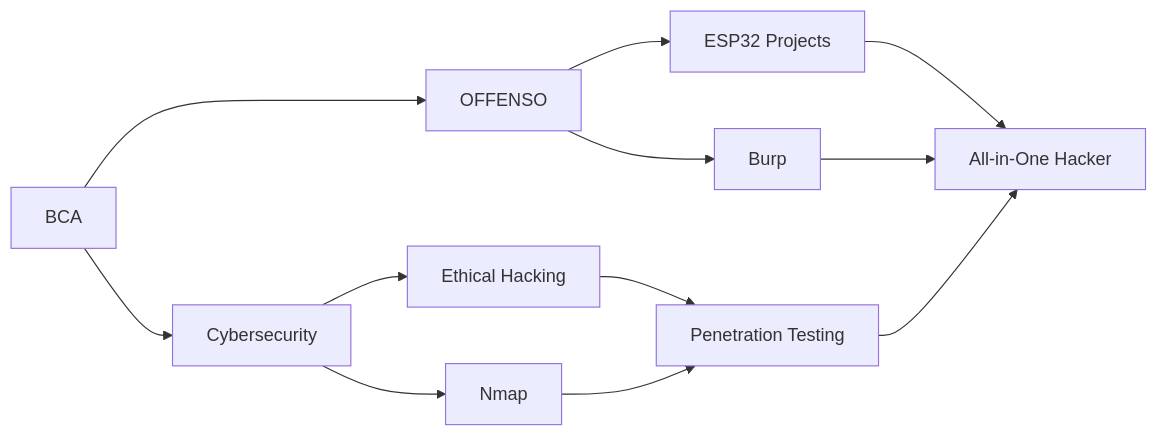
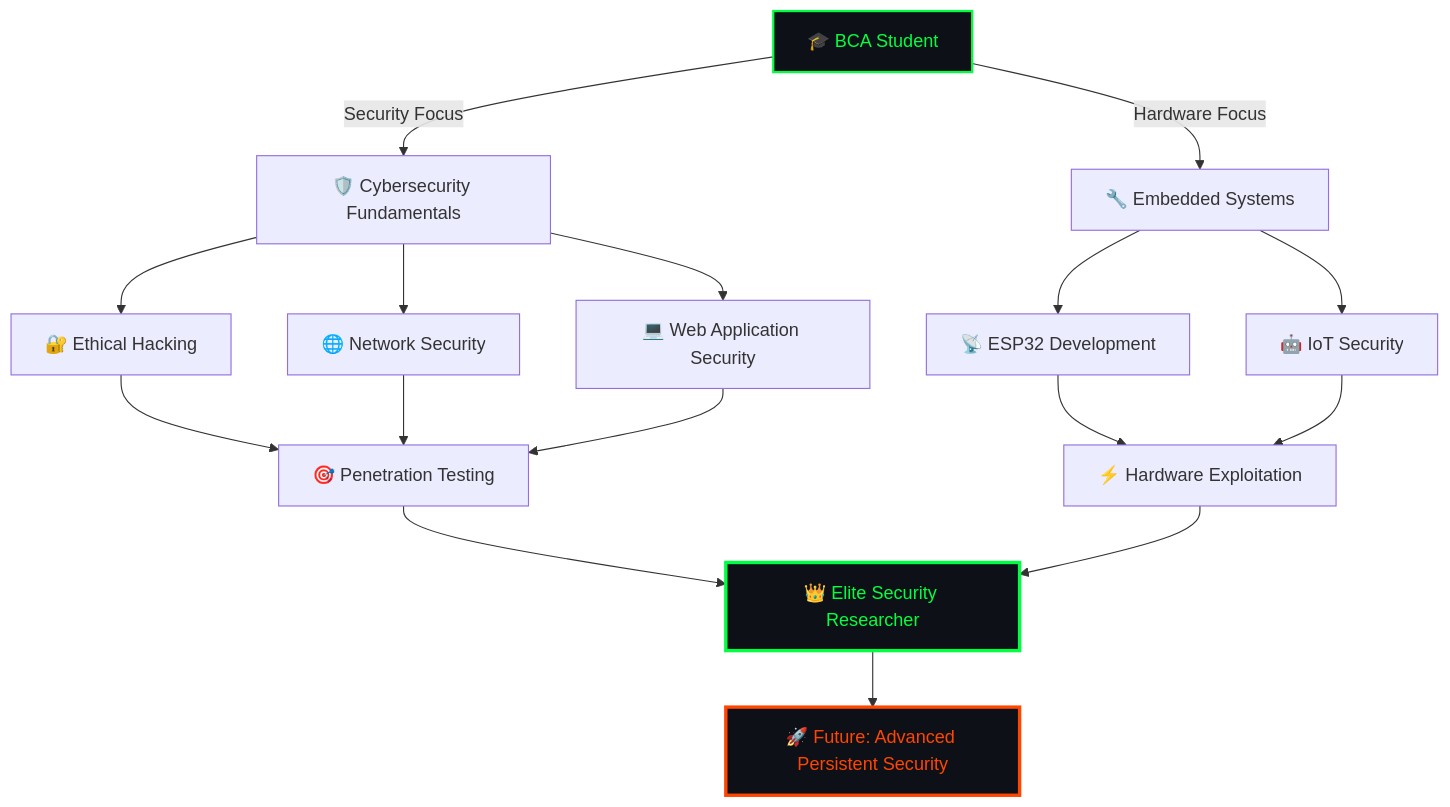
One commit to MuhammadMushab/MuhammadMushab changed the diagram in README.md. Above: the diagram before and after it, drawn with Mermaid. The commit also changed other lines of this file, not shown here.

````diff
--- a/README.md
+++ b/README.md
@@ -161,14 +310,28 @@
 ```mermaid
-graph LR
-    A[BCA] --> B[Cybersecurity]
-    A --> C[OFFENSO]
-    B --> D[Ethical Hacking]
-    B --> E[Nmap]
-    C --> F[ESP32 Projects]
-    C --> G[Burp]
-    D --> H[Penetration Testing]
-    E --> H
-    F --> I[All-in-One Hacker]
-    G --> I
-    H --> I
+graph TB
+    A[🎓 BCA Student] -->|Security Focus| B[🛡️ Cybersecurity Fundamentals]
+    A -->|Hardware Focus| C[🔧 Embedded Systems]
+    
+    B --> D[🔐 Ethical Hacking]
+    B --> E[🌐 Network Security]
+    B --> F[💻 Web Application Security]
+    
+    C --> G[📡 ESP32 Development]
+    C --> H[🤖 IoT Security]
+    
+    D --> I[🎯 Penetration Testing]
+    E --> I
+    F --> I
+    
+    G --> J[⚡ Hardware Exploitation]
+    H --> J
+    
+    I --> K[👑 Elite Security Researcher]
+    J --> K
+    
+    K --> L[🚀 Future: Advanced Persistent Security]
+    
+    style A fill:#0d1117,stroke:#00FF41,stroke-width:2px,color:#00FF41
+    style K fill:#0d1117,stroke:#00FF41,stroke-width:3px,color:#00FF41
+    style L fill:#0d1117,stroke:#FF4500,stroke-width:3px,color:#FF4500
 ```
````
